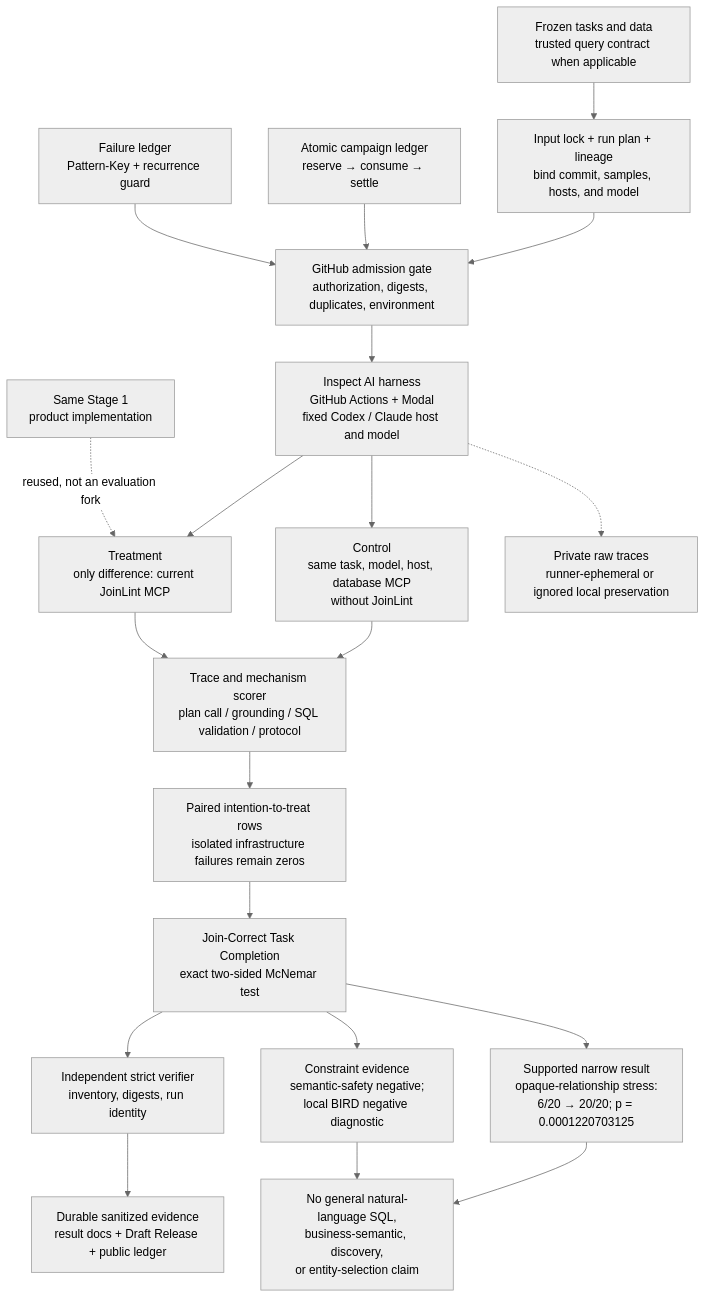
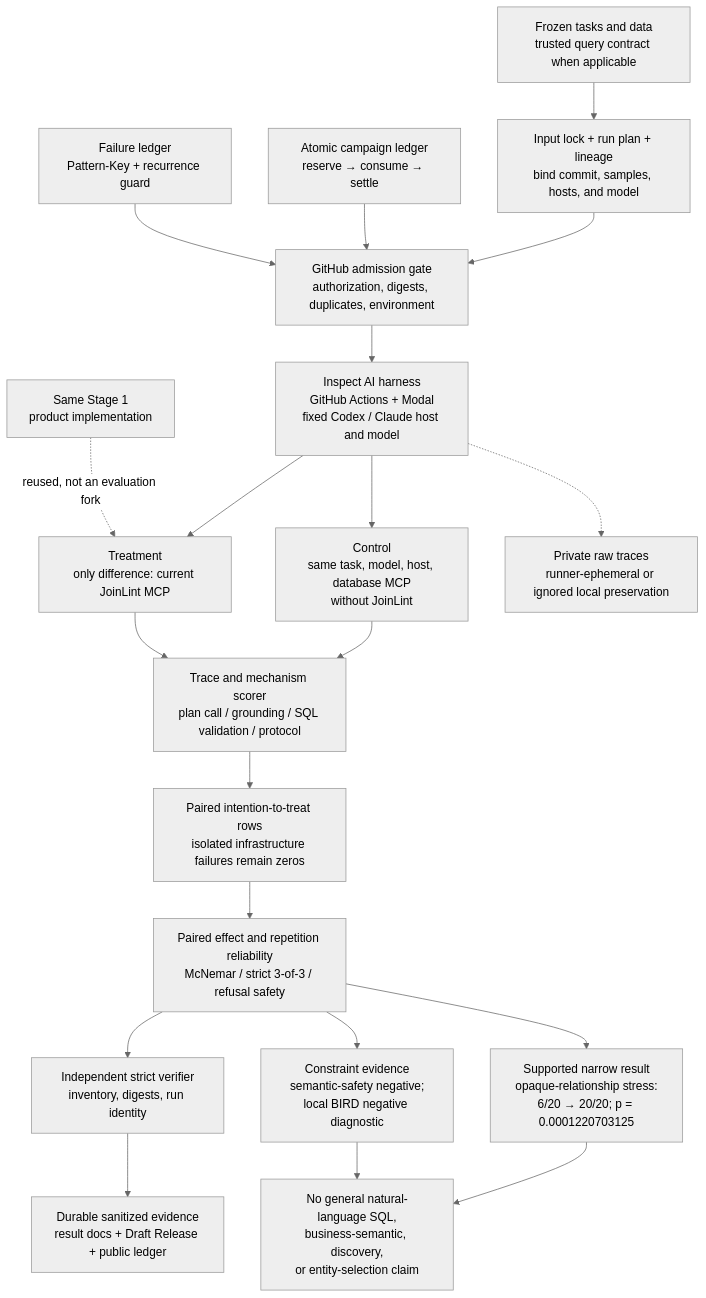
One commit to Chloride233/joinlint changed the second of 2 diagrams in docs/current-architecture.md. Above: the diagram before and after it, drawn with Mermaid (neutral theme). The commit also changed other lines of this file and 4 other files, not shown here.

Commit message:
Report strict reliability and refusal safety

````diff
--- a/docs/current-architecture.md
+++ b/docs/current-architecture.md
@@ -51,34 +51,34 @@
 ```mermaid
 flowchart TB
     TASKS["Frozen tasks and data<br/>trusted query contract when applicable"]
     LOCK["Input lock + run plan + lineage<br/>bind commit, samples, hosts, and model"]
     GUARD["GitHub admission gate<br/>authorization, digests, duplicates, environment"]
     BUDGET["Atomic campaign ledger<br/>reserve → consume → settle"]
     INCIDENTS["Failure ledger<br/>Pattern-Key + recurrence guard"]
 
     RUNNER["Inspect AI harness<br/>GitHub Actions + Modal<br/>fixed Codex / Claude host and model"]
     CONTROL["Control<br/>same task, model, host, database MCP<br/>without JoinLint"]
     TREATMENT["Treatment<br/>only difference: current JoinLint MCP"]
     PRODUCT["Same Stage 1<br/>product implementation"]
 
     TRACE["Trace and mechanism scorer<br/>plan call / grounding / SQL validation / protocol"]
     ITT["Paired intention-to-treat rows<br/>isolated infrastructure failures remain zeros"]
-    STATS["Join-Correct Task Completion<br/>exact two-sided McNemar test"]
+    STATS["Paired effect and repetition reliability<br/>McNemar / strict 3-of-3 / refusal safety"]
     VERIFY["Independent strict verifier<br/>inventory, digests, run identity"]
     PUBLIC["Durable sanitized evidence<br/>result docs + Draft Release + public ledger"]
     RAW["Private raw traces<br/>runner-ephemeral or ignored local preservation"]
 
     TASKS --> LOCK --> GUARD --> RUNNER
     BUDGET --> GUARD
     INCIDENTS --> GUARD
     RUNNER --> CONTROL --> TRACE
     RUNNER --> TREATMENT --> TRACE
     PRODUCT -.->|"reused, not an evaluation fork"| TREATMENT
     RUNNER -.-> RAW
     TRACE --> ITT --> STATS --> VERIFY --> PUBLIC
 
     STATS --> POSITIVE["Supported narrow result<br/>opaque-relationship stress:<br/>6/20 → 20/20; p = 0.0001220703125"]
     STATS --> COUNTER["Constraint evidence<br/>semantic-safety negative;<br/>local BIRD negative diagnostic"]
     POSITIVE --> LIMIT["No general natural-language SQL,<br/>business-semantic, discovery,<br/>or entity-selection claim"]
     COUNTER --> LIMIT
 ```
````
